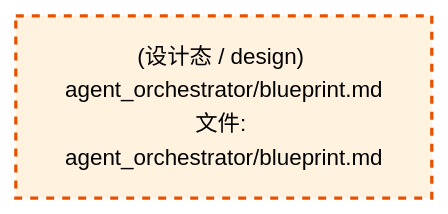
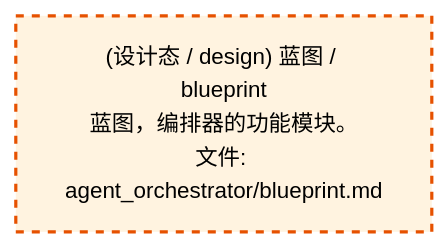
The third of 4 diagrams in docs/02_enterprise_architecture/02_domain_architecture_docs/06_d_infra_runtime.md (xuanFelixVan/ZephyrAlpha), drawn with Mermaid before and after one commit. The commit also changed other lines of this file and 60 other files, not shown here.

````diff
--- a/docs/02_enterprise_architecture/02_domain_architecture_docs/06_d_infra_runtime.md
+++ b/docs/02_enterprise_architecture/02_domain_architecture_docs/06_d_infra_runtime.md
@@ -1046,10 +1046,10 @@
 ```mermaid
 %%{init: {'theme': 'base', 'themeVariables': {'primaryColor': '#eaeaea', 'primaryTextColor': '#333333', 'primaryBorderColor': '#666666', 'lineColor': '#666666', 'secondaryColor': '#eaeaea', 'tertiaryColor': '#eaeaea', 'fontSize': '14px'}}}%%
 flowchart TD
-    docs_03_modules_cross_layer_agent_orchestrator_blueprint_md["(设计态 / design) agent_orchestrator/blueprint.md<br/>文件: agent_orchestrator/blueprint.md"]
+    docs_03_modules_cross_layer_agent_orchestrator_blueprint_md["(设计态 / design) 蓝图 / blueprint<br/>蓝图，编排器的功能模块。<br/>文件: agent_orchestrator/blueprint.md"]
     classDef production fill:#e1f5fe,stroke:#01579b,stroke-width:2px,color:#000
     classDef design fill:#fff3e0,stroke:#e65100,stroke-width:2px,color:#000,stroke-dasharray: 5 5
     classDef external_prod fill:#e8f4fd,stroke:#0277bd,stroke-width:1px,color:#000
     classDef external_design fill:#fff8e7,stroke:#ef6c00,stroke-width:1px,color:#000,stroke-dasharray: 5 5
     class docs_03_modules_cross_layer_agent_orchestrator_blueprint_md design
 ```
````
